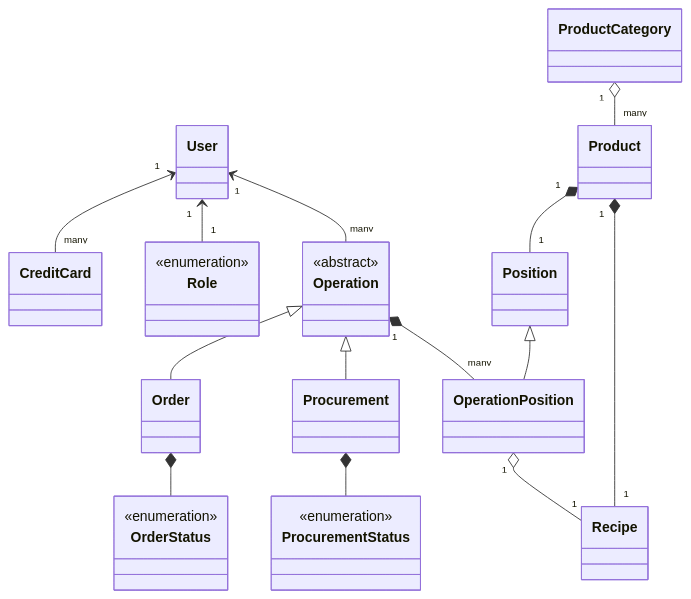
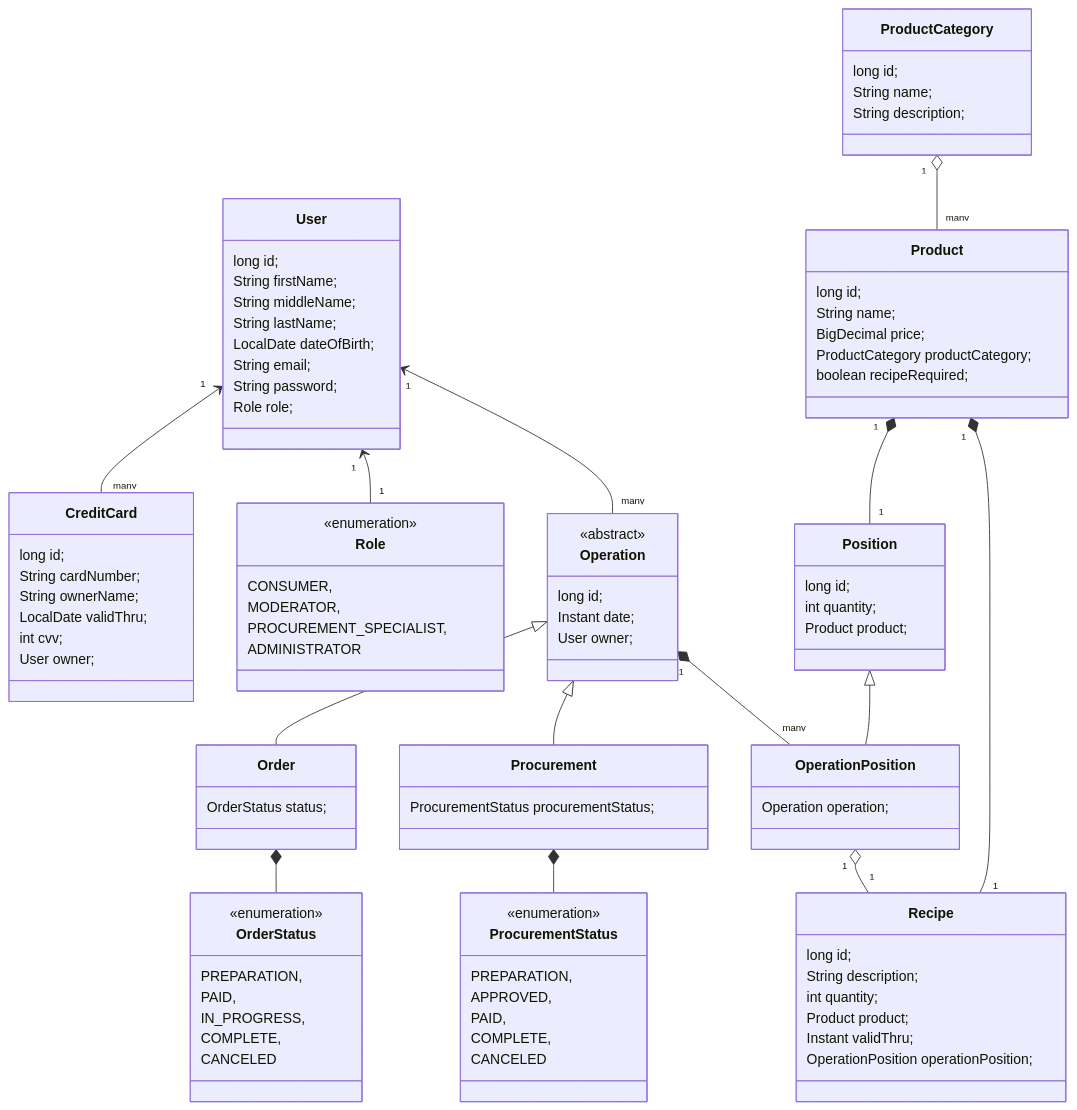
The diagram in README.md (andreiyusupau/online-pharmacy), drawn with Mermaid before and after one commit.

```diff
--- a/README.md
+++ b/README.md
@@ -23,35 +23,85 @@
 Order *-- OrderStatus
 
   class User{
-
+   long id;
+    String firstName;
+    String middleName;
+    String lastName;
+    LocalDate dateOfBirth;
+   String email;
+     String password;
+     Role role;
   }
   class CreditCard{
+   long id;
+     String cardNumber;
+     String ownerName;
+     LocalDate validThru;
+     int cvv;
+     User owner;
   }
   class Role{
     <<enumeration>>
+       CONSUMER,
+    MODERATOR,
+    PROCUREMENT_SPECIALIST,
+    ADMINISTRATOR
   }
   class Operation{
   <<abstract>>
+   long id;
+     Instant date;
+     User owner;
   }
   class Order{
+   OrderStatus status;
   }
   class OrderStatus{
       <<enumeration>>
+      PREPARATION,
+    PAID,
+    IN_PROGRESS,
+    COMPLETE,
+    CANCELED
   }
   class Procurement{
+   ProcurementStatus procurementStatus;
   }
    class ProcurementStatus{
       <<enumeration>>
+       PREPARATION,
+    APPROVED,
+    PAID,
+    COMPLETE,
+    CANCELED
   }
   class Position{
+   long id;
+     int quantity;
+     Product product;
   }
   class OperationPosition{
+   Operation operation;
   }
   class Recipe{
+   long id;
+     String description;
+     int quantity;
+     Product product;
+     Instant validThru;
+     OperationPosition operationPosition;
   }
   class Product{
+   long id;
+     String name;
+     BigDecimal price;
+     ProductCategory productCategory;
+     boolean recipeRequired;
   }
   class ProductCategory{
+       long id;
+     String name;
+     String description;
   }
 
             
```
